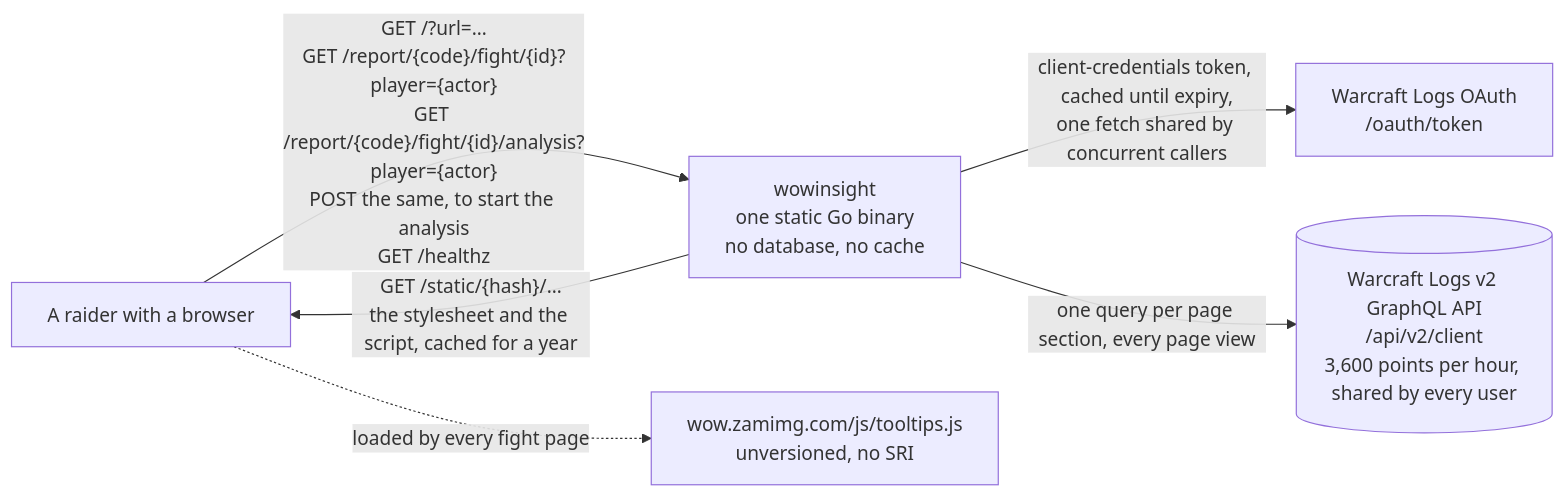
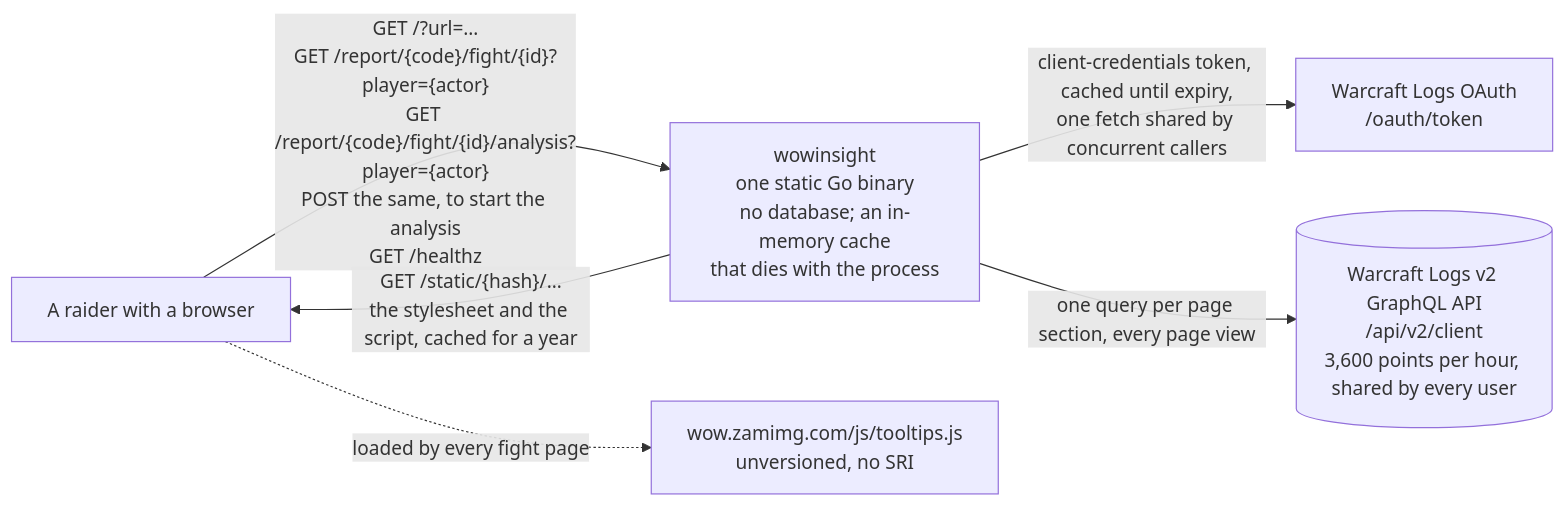
The first of 3 diagrams in ARCHITECTURE.md (Gabriel2048/wow-insights), drawn with Mermaid before and after one commit. The commit also changed other lines of this file and 5 other files, not shown here.

````diff
--- a/ARCHITECTURE.md
+++ b/ARCHITECTURE.md
@@ -16,14 +16,14 @@
 ```mermaid
 flowchart LR
     user["A raider with a browser"]
-    app["wowinsight<br/>one static Go binary<br/>no database, no cache"]
+    app["wowinsight<br/>one static Go binary<br/>no database; an in-memory cache<br/>that dies with the process"]
     oauth["Warcraft Logs OAuth<br/>/oauth/token"]
     api[("Warcraft Logs v2 GraphQL API<br/>/api/v2/client<br/>3,600 points per hour, shared by every user")]
     zam["wow.zamimg.com/js/tooltips.js<br/>unversioned, no SRI"]
 
     user -->|"GET /?url=…<br/>GET /report/{code}/fight/{id}?player={actor}<br/>GET /report/{code}/fight/{id}/analysis?player={actor}<br/>POST the same, to start the analysis<br/>GET /healthz"| app
     app -->|"client-credentials token, cached until expiry,<br/>one fetch shared by concurrent callers"| oauth
     app -->|"one query per page section, every page view"| api
     user -.->|"loaded by every fight page"| zam
     app -->|"GET /static/{hash}/…<br/>the stylesheet and the script, cached for a year"| user
 ```
````
